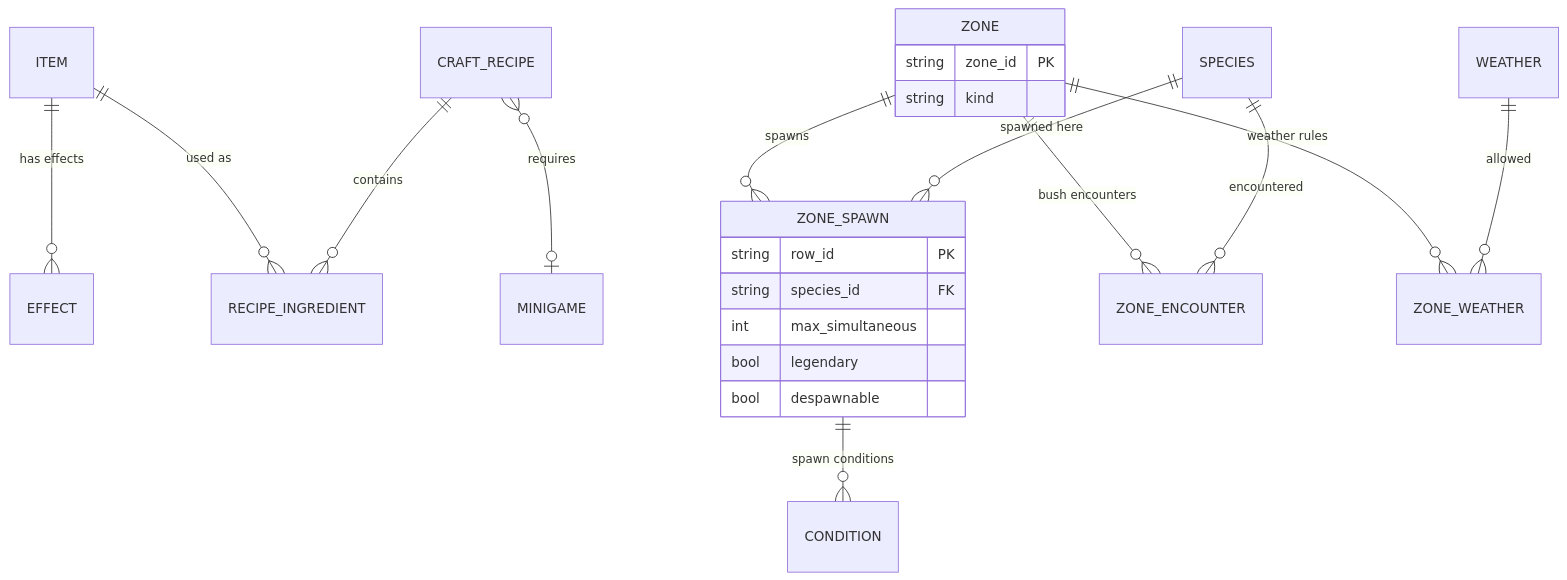
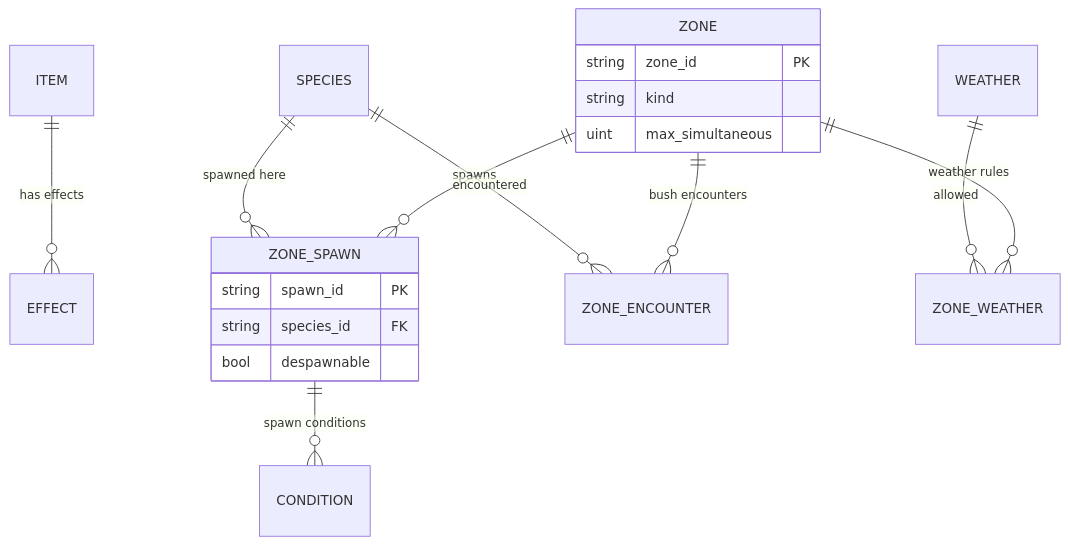
Before and after one commit to Intaria/mon-game: the third of 4 diagrams in Docs/data/schema.md, drawn with Mermaid. The commit also changed other lines of this file and 2 other files, not shown here.

First line of the commit message:
docs(data): apply schema review round — naming rules, behavior, rule-driven content

````diff
--- a/Docs/data/schema.md
+++ b/Docs/data/schema.md
@@ -105,25 +104,21 @@
 ```mermaid
 erDiagram
     ITEM ||--o{ EFFECT : "has effects"
-    ITEM ||--o{ RECIPE_INGREDIENT : "used as"
-    CRAFT_RECIPE ||--o{ RECIPE_INGREDIENT : "contains"
-    CRAFT_RECIPE }o--o| MINIGAME : "requires"
     ZONE ||--o{ ZONE_SPAWN : "spawns"
     SPECIES ||--o{ ZONE_SPAWN : "spawned here"
     ZONE ||--o{ ZONE_ENCOUNTER : "bush encounters"
     SPECIES ||--o{ ZONE_ENCOUNTER : "encountered"
     ZONE ||--o{ ZONE_WEATHER : "weather rules"
     WEATHER ||--o{ ZONE_WEATHER : "allowed"
     ZONE_SPAWN ||--o{ CONDITION : "spawn conditions"
     ZONE {
         string zone_id PK
         string kind
+        uint max_simultaneous
     }
     ZONE_SPAWN {
-        string row_id PK
+        string spawn_id PK
         string species_id FK
-        int max_simultaneous
-        bool legendary
         bool despawnable
     }
 ```
````
